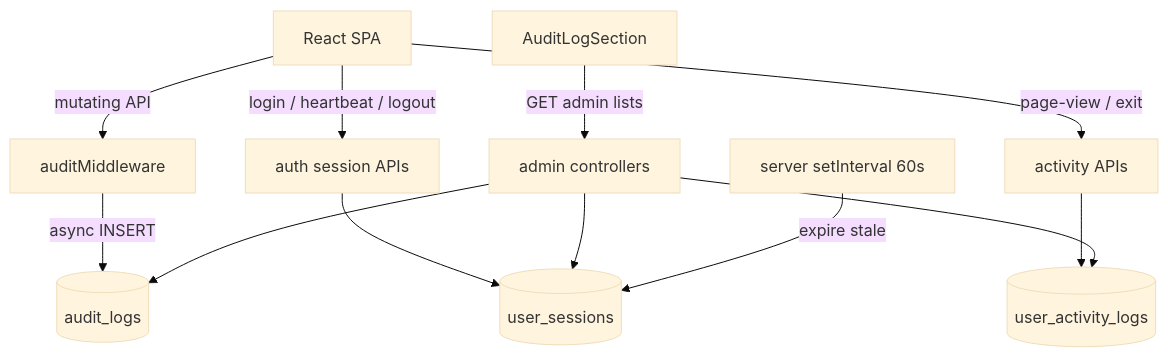
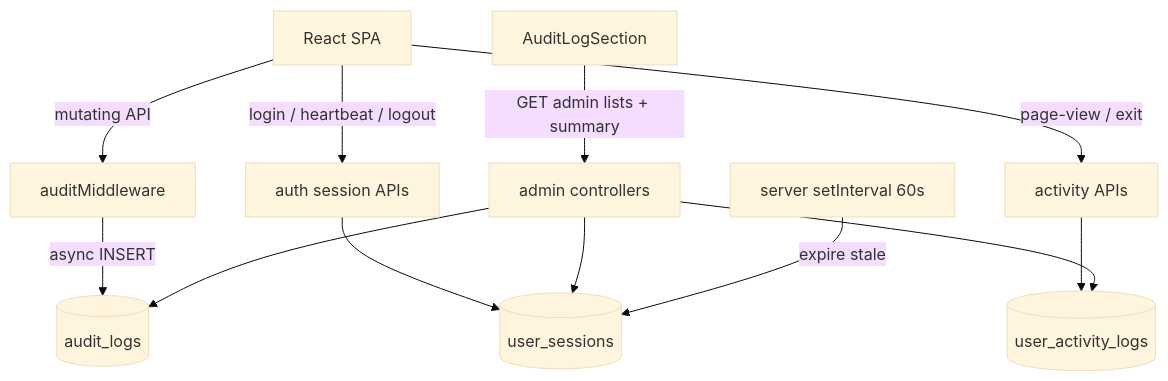
The diagram in docs/AUDIT_SYSTEM.md (TejasRai09/DigiLog), drawn with Mermaid (base theme) before and after one commit. The commit also changed other lines of this file and 17 other files, not shown here.

````diff
--- a/docs/AUDIT_SYSTEM.md
+++ b/docs/AUDIT_SYSTEM.md
@@ -24,14 +26,14 @@
 ```mermaid
 flowchart TD
   SPA[React SPA] -->|mutating API| MW[auditMiddleware]
   SPA -->|login / heartbeat / logout| SessAPI[auth session APIs]
   SPA -->|page-view / exit| ActAPI[activity APIs]
   MW -->|async INSERT| AL[(audit_logs)]
   SessAPI --> US[(user_sessions)]
   ActAPI --> UAL[(user_activity_logs)]
-  AdminUI[AuditLogSection] -->|GET admin lists| AdminAPI[admin controllers]
+  AdminUI[AuditLogSection] -->|GET admin lists + summary| AdminAPI[admin controllers]
   AdminAPI --> AL
   AdminAPI --> US
   AdminAPI --> UAL
   Sweeper[server setInterval 60s] -->|expire stale| US
 ```
````
